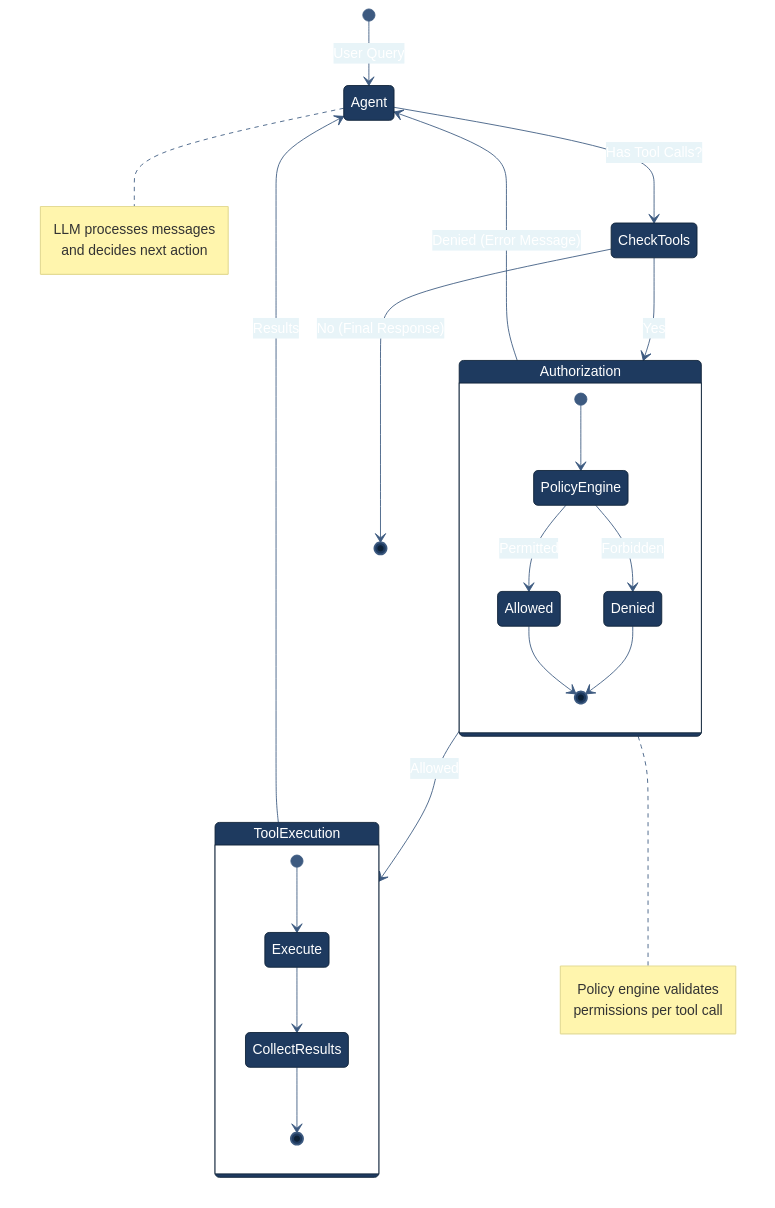
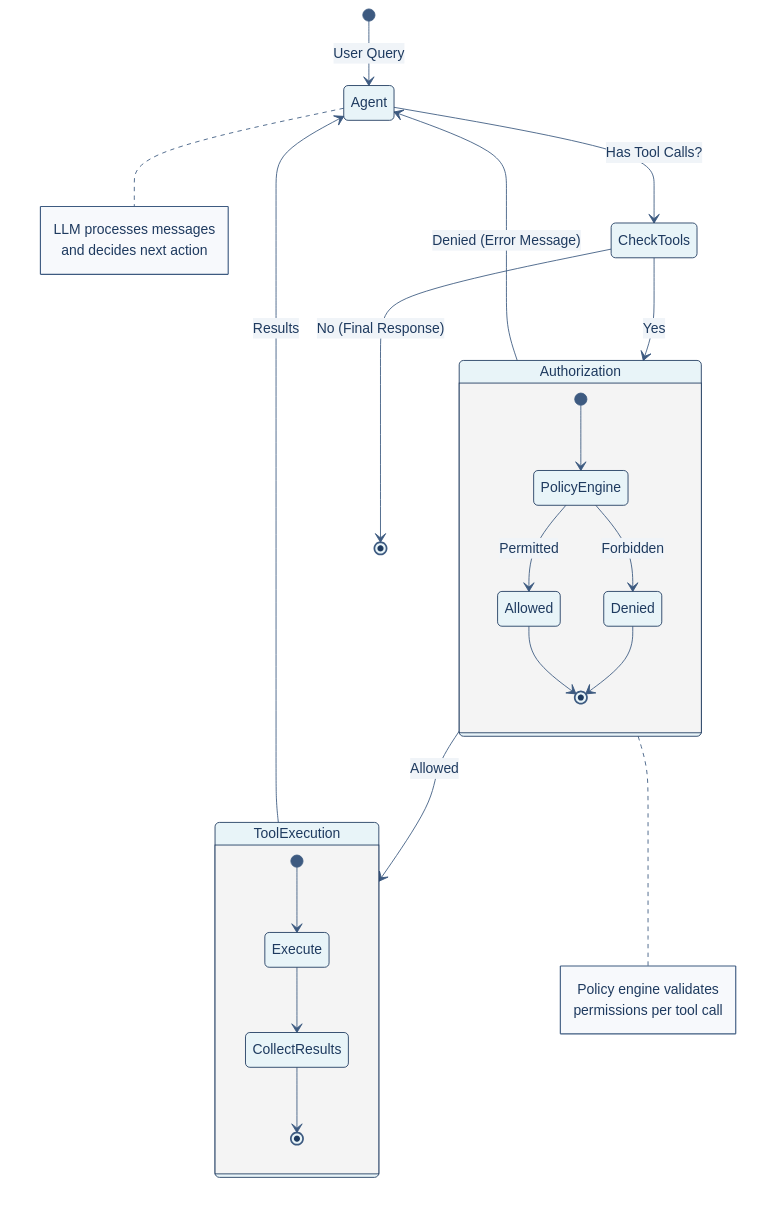
One commit to ruthvik-jeev/hr-agent changed the second of 5 diagrams in ARCHITECTURE.md. Above: the diagram before and after it, drawn with Mermaid. The commit also changed other lines of this file and 5 other files, not shown here.

First line of the commit message:
fix: improve diagram text visibility with dark text colors

````diff
--- a/ARCHITECTURE.md
+++ b/ARCHITECTURE.md
@@ -98,52 +100,59 @@
 ```mermaid
 %%{init: {
   'theme': 'base',
   'themeVariables': {
-    'primaryColor': '#1e3a5f',
-    'primaryTextColor': '#ffffff',
-    'primaryBorderColor': '#0d2137',
+    'primaryColor': '#e8f4f8',
+    'primaryTextColor': '#1e3a5f',
+    'primaryBorderColor': '#1e3a5f',
     'lineColor': '#3d5a80',
-    'secondaryColor': '#e8f4f8',
-    'tertiaryColor': '#f0f4f8',
-    'background': '#ffffff'
+    'secondaryColor': '#f0f4f8',
+    'tertiaryColor': '#f7f9fc',
+    'stateBkg': '#e8f4f8',
+    'stateLabelColor': '#1e3a5f',
+    'transitionColor': '#3d5a80',
+    'transitionLabelColor': '#1e3a5f',
+    'textColor': '#1e3a5f',
+    'noteTextColor': '#1e3a5f',
+    'noteBkgColor': '#f7f9fc',
+    'noteBorderColor': '#3d5a80'
   }
 }}%%
 
 stateDiagram-v2
     [*] --> Agent: User Query
 
     Agent --> CheckTools: Has Tool Calls?
     
     state CheckTools <<choice>>
     CheckTools --> Authorization: Yes
     CheckTools --> [*]: No (Final Response)
 
     state Authorization {
         [*] --> PolicyEngine
         PolicyEngine --> Allowed: Permitted
         PolicyEngine --> Denied: Forbidden
         Allowed --> [*]
         Denied --> [*]
     }
 
     Authorization --> ToolExecution: Allowed
     Authorization --> Agent: Denied (Error Message)
     
     state ToolExecution {
         [*] --> Execute
         Execute --> CollectResults
         CollectResults --> [*]
     }
 
     ToolExecution --> Agent: Results
     
     note right of Agent
         LLM processes messages
         and decides next action
     end note
     
     note right of Authorization
         Policy engine validates
         permissions per tool call
     end note
 ```
````
